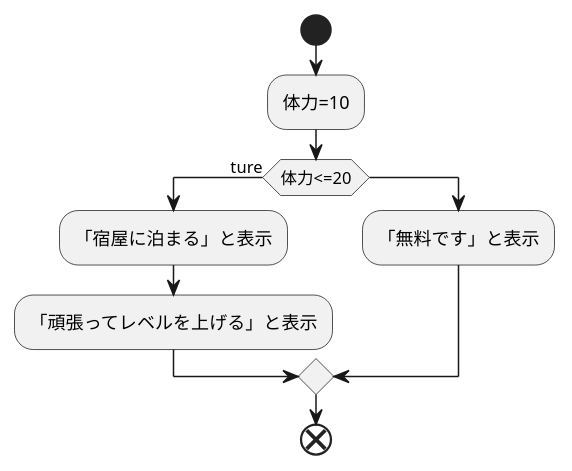
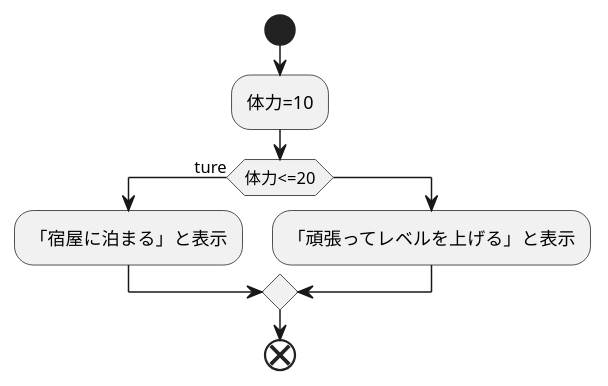
One commit to Aso2001376/2021sys-design changed the diagram in flow.md. Above: the diagram before and after it, drawn with PlantUML.

````diff
--- a/flow.md
+++ b/flow.md
@@ -1,16 +1,16 @@
 ```uml
 @startuml
 start
 :体力=10;
 
 if(体力<=20)then(ture)
 :「宿屋に泊まる」と表示;
+else
 :「頑張ってレベルを上げる」と表示;
-else
-:「無料です」と表示;
+
 endif
 
 end
 @enduml
 
 ```
````
